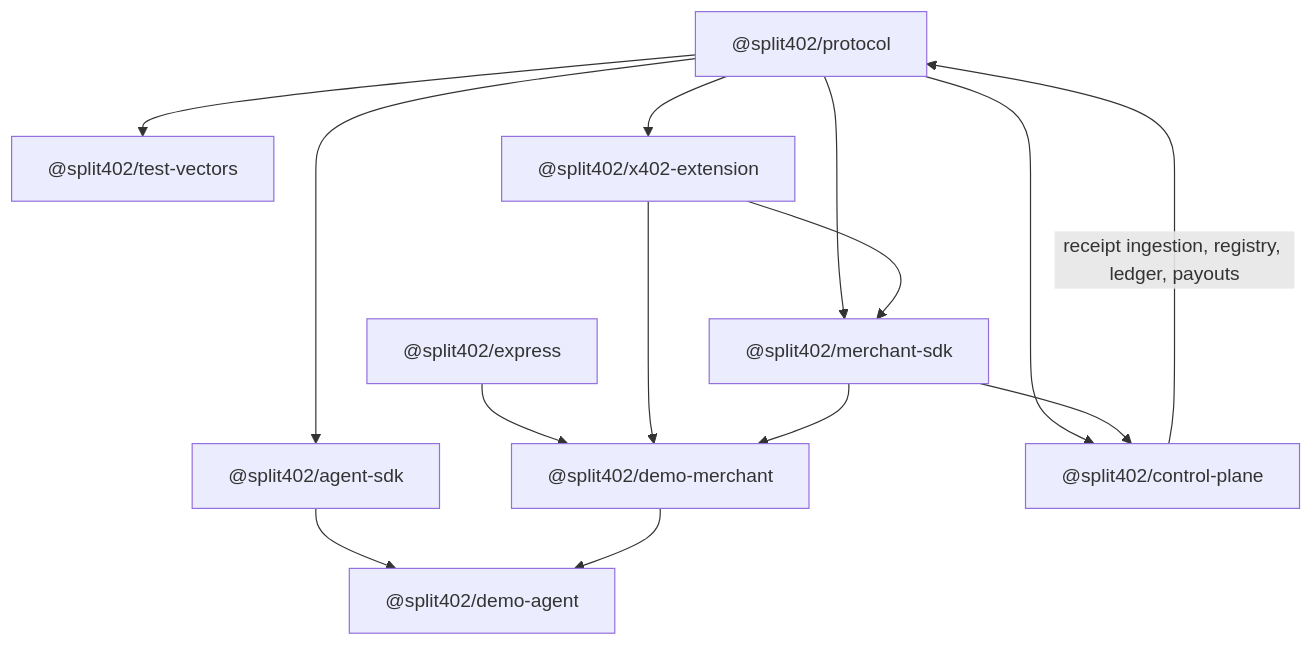
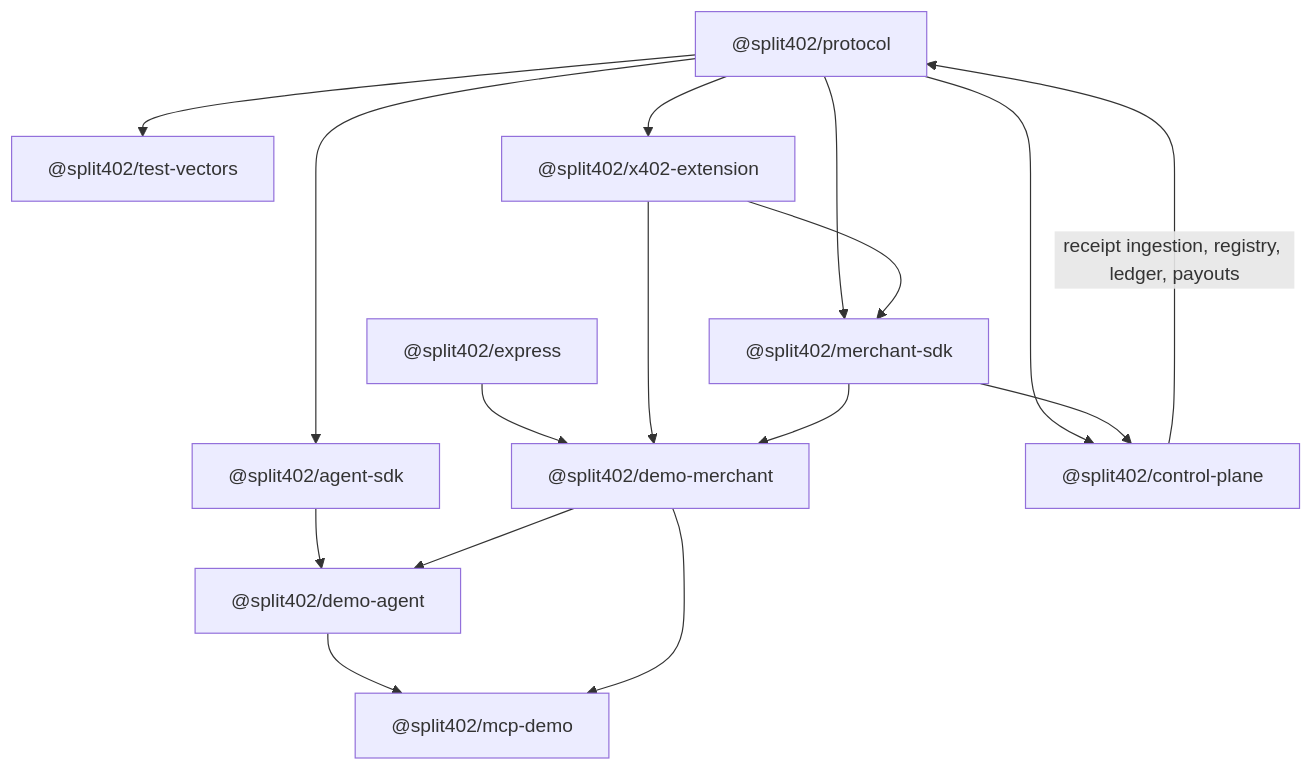
Before and after one commit to split402protocol/splitx402: the fourth of 6 diagrams in README.md, drawn with Mermaid. The commit also changed other lines of this file and 16 other files, not shown here.

Commit message:
Add Phase 7 MCP demo bundle

````diff
--- a/README.md
+++ b/README.md
@@ -143,26 +143,29 @@
 ```mermaid
 flowchart TB
   Protocol["@split402/protocol"]
   Vectors["@split402/test-vectors"]
   Extension["@split402/x402-extension"]
   Express["@split402/express"]
   Agent["@split402/agent-sdk"]
   MerchantSdk["@split402/merchant-sdk"]
   Merchant["@split402/demo-merchant"]
   DemoAgent["@split402/demo-agent"]
+  McpDemo["@split402/mcp-demo"]
   Control["@split402/control-plane"]
 
   Protocol --> Vectors
   Protocol --> Extension
   Protocol --> Agent
   Protocol --> MerchantSdk
   Protocol --> Control
   Express --> Merchant
   Extension --> Merchant
   Extension --> MerchantSdk
   Agent --> DemoAgent
+  DemoAgent --> McpDemo
   MerchantSdk --> Merchant
   MerchantSdk --> Control
   Merchant --> DemoAgent
+  Merchant --> McpDemo
   Control -->|"receipt ingestion, registry, ledger, payouts"| Protocol
 ```
````
